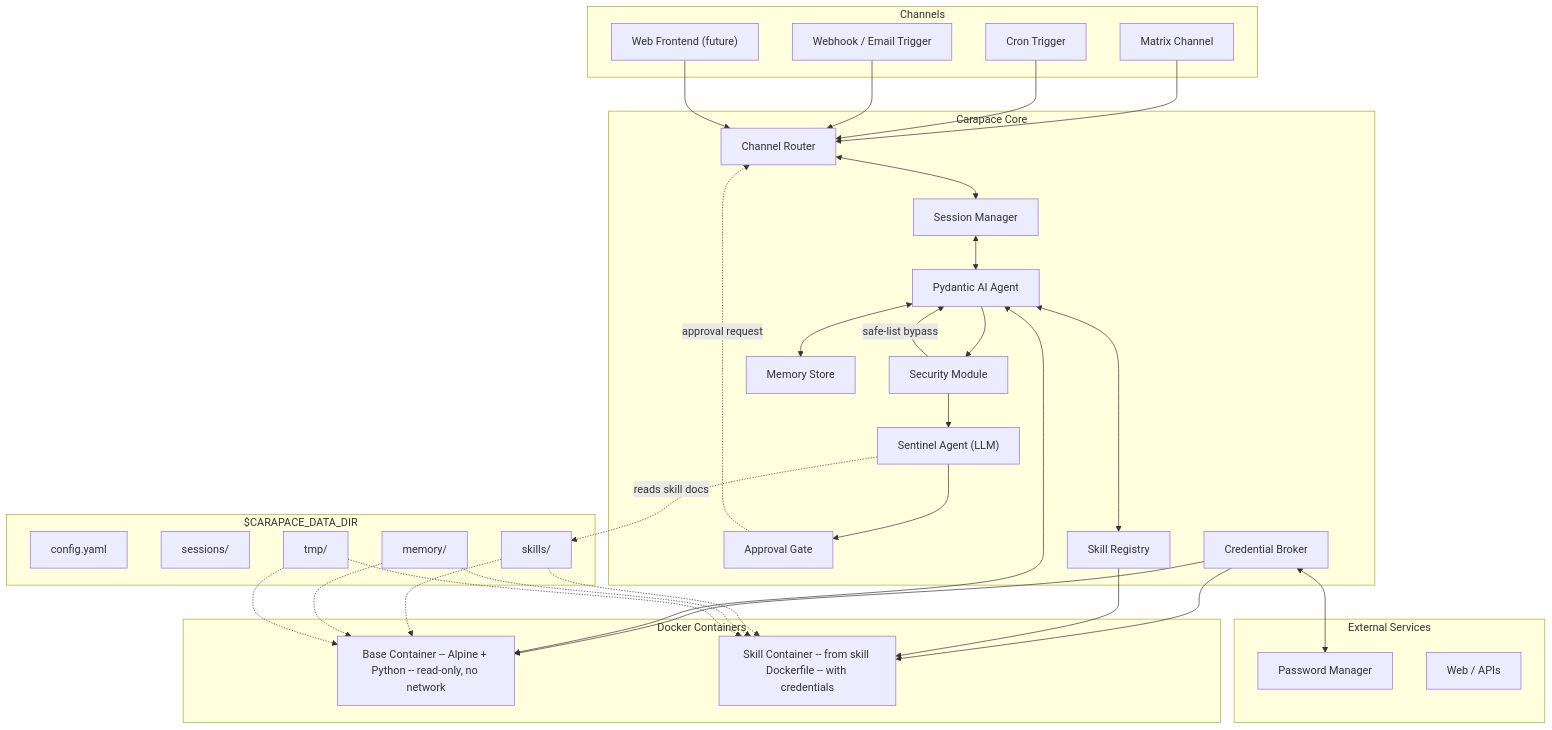
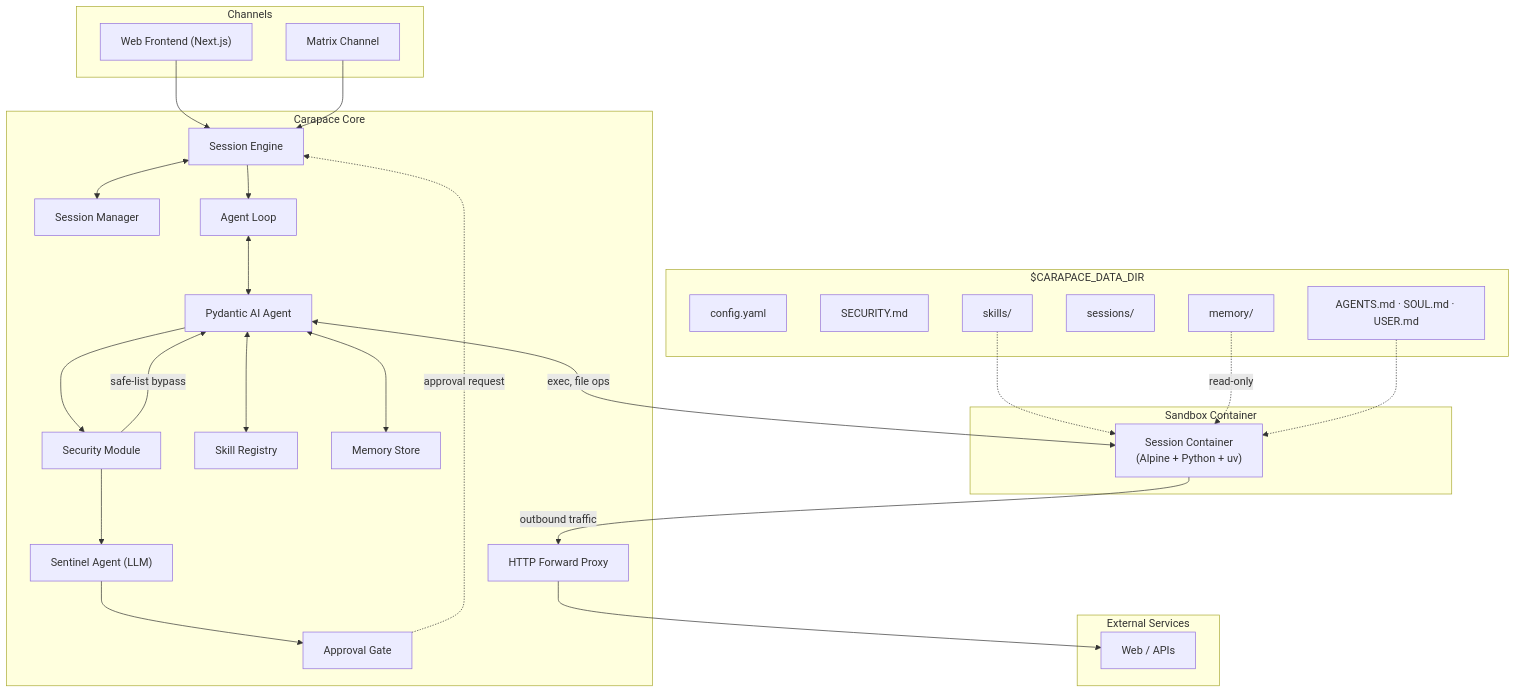
One commit to thiesgerken/carapace changed the first of 2 diagrams in docs/architecture.md. Above: the diagram before and after it, drawn with Mermaid. The commit also changed other lines of this file and 11 other files, not shown here.

````diff
--- a/docs/architecture.md
+++ b/docs/architecture.md
@@ -7,63 +7,57 @@
 ```mermaid
 flowchart TB
     subgraph channels [Channels]
+        WebUI["Web Frontend (Next.js)"]
         MatrixCh[Matrix Channel]
-        CronCh[Cron Trigger]
-        WebhookCh[Webhook / Email Trigger]
-        WebUI["Web Frontend (future)"]
     end
 
     subgraph carapace [Carapace Core]
-        ChannelRouter[Channel Router]
+        SessionEngine[Session Engine]
         SessionMgr[Session Manager]
         SecurityMod["Security Module"]
         Sentinel["Sentinel Agent (LLM)"]
         ApprovalGate[Approval Gate]
-        Agent[Pydantic AI Agent]
+        AgentLoop[Agent Loop]
+        Agent["Pydantic AI Agent"]
         SkillRegistry[Skill Registry]
-        CredentialBroker[Credential Broker]
         MemoryStore[Memory Store]
+        Proxy[HTTP Forward Proxy]
     end
 
-    subgraph docker [Docker Containers]
-        BaseContainer["Base Container -- Alpine + Python -- read-only, no network"]
-        SkillContainer["Skill Container -- from skill Dockerfile -- with credentials"]
+    subgraph sandbox [Sandbox Container]
+        Container["Session Container<br/>(Alpine + Python + uv)"]
     end
 
     subgraph external [External Services]
-        Vault[Password Manager]
         Web[Web / APIs]
     end
 
     subgraph datadir ["$CARAPACE_DATA_DIR"]
         Config[config.yaml]
+        SecurityPolicy[SECURITY.md]
+        WorkspaceFiles["AGENTS.md · SOUL.md · USER.md"]
         Sessions[sessions/]
         Skills[skills/]
         Memory[memory/]
-        Tmp[tmp/]
     end
 
-    MatrixCh & CronCh & WebhookCh & WebUI --> ChannelRouter
-    ChannelRouter <--> SessionMgr
-    SessionMgr <--> Agent
+    WebUI & MatrixCh --> SessionEngine
+    SessionEngine <--> SessionMgr
+    SessionEngine --> AgentLoop
+    AgentLoop <--> Agent
     Agent <--> SkillRegistry
     Agent <--> MemoryStore
     Agent --> SecurityMod
     SecurityMod -->|safe-list bypass| Agent
     SecurityMod --> Sentinel
     Sentinel --> ApprovalGate
-    ApprovalGate -.->|approval request| ChannelRouter
-    Sentinel -.->|reads skill docs| Skills
-    CredentialBroker <--> Vault
-    CredentialBroker --> BaseContainer
-    CredentialBroker --> SkillContainer
-    Agent <--> BaseContainer
-    SkillRegistry --> SkillContainer
+    ApprovalGate -.->|approval request| SessionEngine
 
-    Skills -.-> BaseContainer
-    Skills -.-> SkillContainer
-    Memory -.-> BaseContainer
-    Memory -.-> SkillContainer
-    Tmp -.-> BaseContainer
-    Tmp -.-> SkillContainer
+    Agent <-->|exec, file ops| Container
+    Container -->|outbound traffic| Proxy
+    Proxy --> Web
+
+    Skills -.-> Container
+    Memory -.->|read-only| Container
+    WorkspaceFiles -.-> Container
 ```
````
